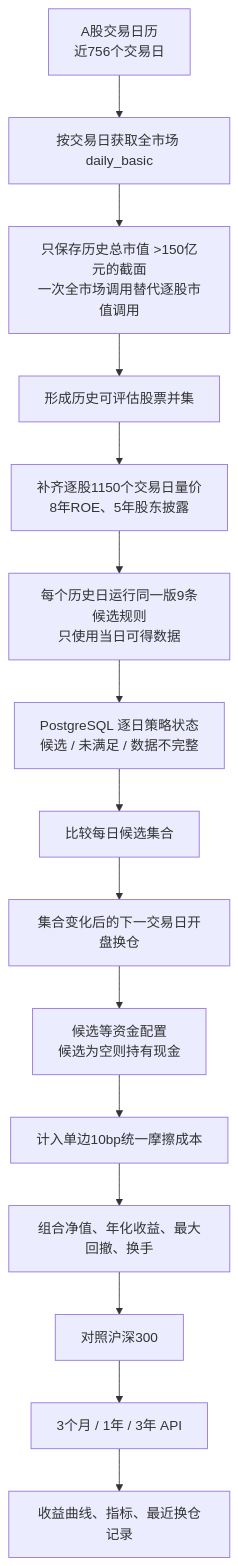
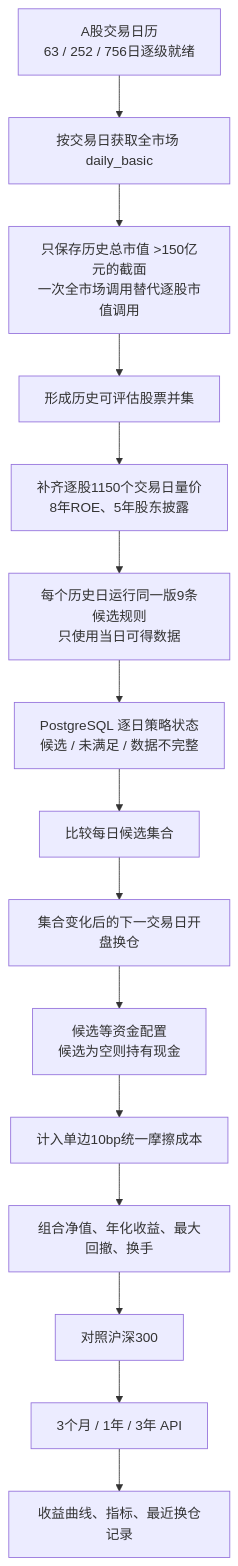
Before and after one commit to qingyuluoyu/qingtianshu: the third of 4 diagrams in docs/PRODUCT_PIPELINE_ARCHITECTURE.md, drawn with Mermaid. The commit also changed other lines of this file and 10 other files, not shown here.

````diff
--- a/docs/PRODUCT_PIPELINE_ARCHITECTURE.md
+++ b/docs/PRODUCT_PIPELINE_ARCHITECTURE.md
@@ -63,17 +63,17 @@
 ```mermaid
 flowchart TD
-    CAL["A股交易日历\n近756个交易日"] --> CAP["按交易日获取全市场 daily_basic"]
+    CAL["A股交易日历\n63 / 252 / 756日逐级就绪"] --> CAP["按交易日获取全市场 daily_basic"]
     CAP --> FILTER["只保存历史总市值 >150亿元的截面\n一次全市场调用替代逐股市值调用"]
     FILTER --> UNION["形成历史可评估股票并集"]
     UNION --> INPUT["补齐逐股1150个交易日量价\n8年ROE、5年股东披露"]
     INPUT --> RULES["每个历史日运行同一版9条候选规则\n只使用当日可得数据"]
     RULES --> STATES["PostgreSQL 逐日策略状态\n候选 / 未满足 / 数据不完整"]
     STATES --> CHANGE["比较每日候选集合"]
     CHANGE --> NEXTOPEN["集合变化后的下一交易日开盘换仓"]
     NEXTOPEN --> EQUAL["候选等资金配置\n候选为空则持有现金"]
     EQUAL --> COST["计入单边10bp统一摩擦成本"]
     COST --> NAV["组合净值、年化收益、最大回撤、换手"]
     NAV --> BENCH["对照沪深300"]
     BENCH --> API["3个月 / 1年 / 3年 API"]
     API --> WEB["收益曲线、指标、最近换仓记录"]
 ```
````
